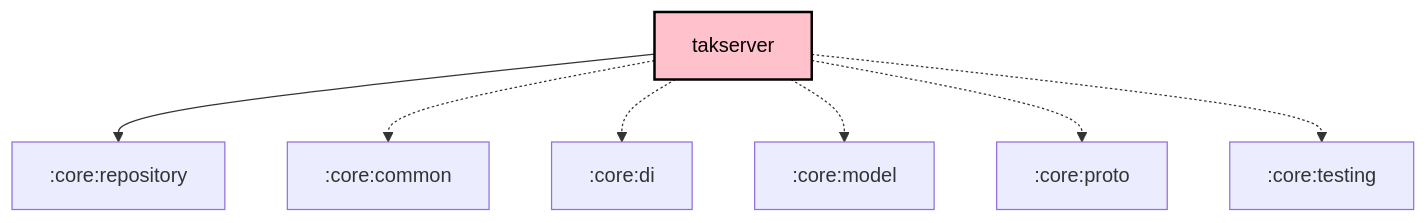
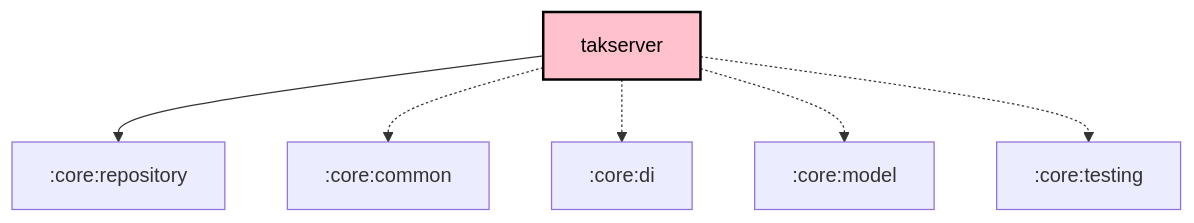
One commit to meshtastic/Meshtastic-Android changed the diagram in core/takserver/README.md. Above: the diagram before and after it, drawn with Mermaid. The commit also changed 17 other files, not shown here.

First line of the commit message:
chore: Scheduled updates (Firmware, Hardware, Translations, Graphs)

````diff
--- a/core/takserver/README.md
+++ b/core/takserver/README.md
@@ -163,24 +163,23 @@
 ```mermaid
 graph TB
   :core:takserver[takserver]:::kmp-library
   :core:takserver --> :core:repository
   :core:takserver -.-> :core:common
   :core:takserver -.-> :core:di
   :core:takserver -.-> :core:model
-  :core:takserver -.-> :core:proto
   :core:takserver -.-> :core:testing
 
 classDef android-application fill:#CAFFBF,stroke:#000,stroke-width:2px,color:#000;
 classDef android-application-compose fill:#CAFFBF,stroke:#000,stroke-width:2px,color:#000;
 classDef compose-desktop-application fill:#CAFFBF,stroke:#000,stroke-width:2px,color:#000;
 classDef android-feature fill:#FFD6A5,stroke:#000,stroke-width:2px,color:#000;
 classDef android-library fill:#9BF6FF,stroke:#000,stroke-width:2px,color:#000;
 classDef android-library-compose fill:#9BF6FF,stroke:#000,stroke-width:2px,color:#000;
 classDef android-test fill:#A0C4FF,stroke:#000,stroke-width:2px,color:#000;
 classDef jvm-library fill:#BDB2FF,stroke:#000,stroke-width:2px,color:#000;
 classDef kmp-feature fill:#FFD6A5,stroke:#000,stroke-width:2px,color:#000;
 classDef kmp-library-compose fill:#FFC1CC,stroke:#000,stroke-width:2px,color:#000;
 classDef kmp-library fill:#FFC1CC,stroke:#000,stroke-width:2px,color:#000;
 classDef unknown fill:#FFADAD,stroke:#000,stroke-width:2px,color:#000;
 
 ```
````
